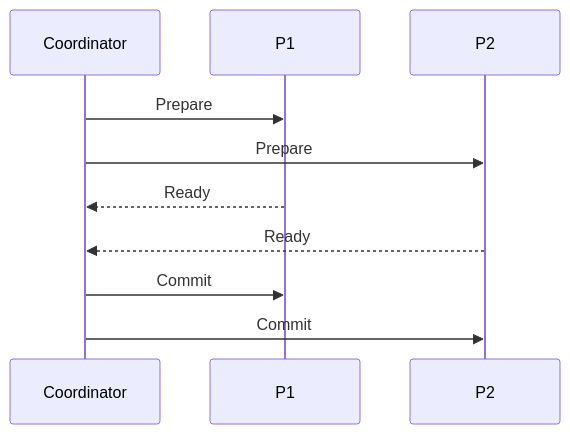
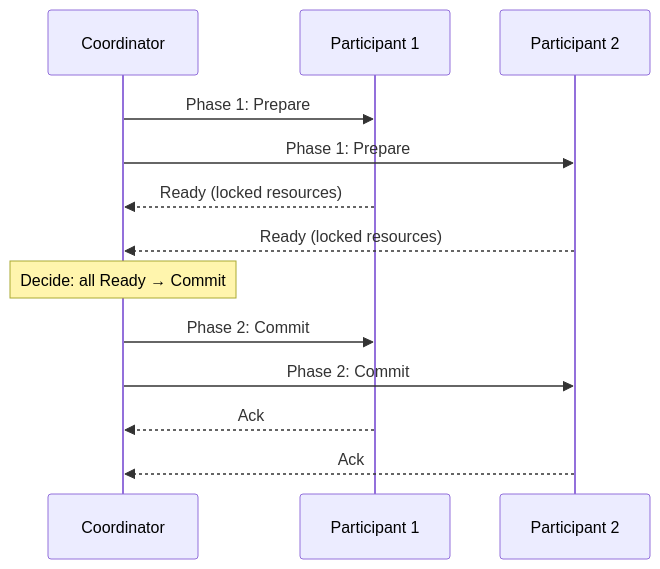
Before and after one commit to jether2011/interview-questions: the fourth of 6 diagrams in distributed-systems-architecture.md, drawn with Mermaid. The commit also changed other lines of this file and 13 other files, not shown here.

````diff
--- a/distributed-systems-architecture.md
+++ b/distributed-systems-architecture.md
@@ -116,9 +238,16 @@
 ```mermaid
 sequenceDiagram
-    Coordinator->>P1: Prepare
-    Coordinator->>P2: Prepare
-    P1-->>Coordinator: Ready
-    P2-->>Coordinator: Ready
-    Coordinator->>P1: Commit
-    Coordinator->>P2: Commit
+    participant Coord as Coordinator
+    participant P1 as Participant 1
+    participant P2 as Participant 2
+
+    Coord->>P1: Phase 1: Prepare
+    Coord->>P2: Phase 1: Prepare
+    P1-->>Coord: Ready (locked resources)
+    P2-->>Coord: Ready (locked resources)
+    Note over Coord: Decide: all Ready → Commit
+    Coord->>P1: Phase 2: Commit
+    Coord->>P2: Phase 2: Commit
+    P1-->>Coord: Ack
+    P2-->>Coord: Ack
 ```
````
